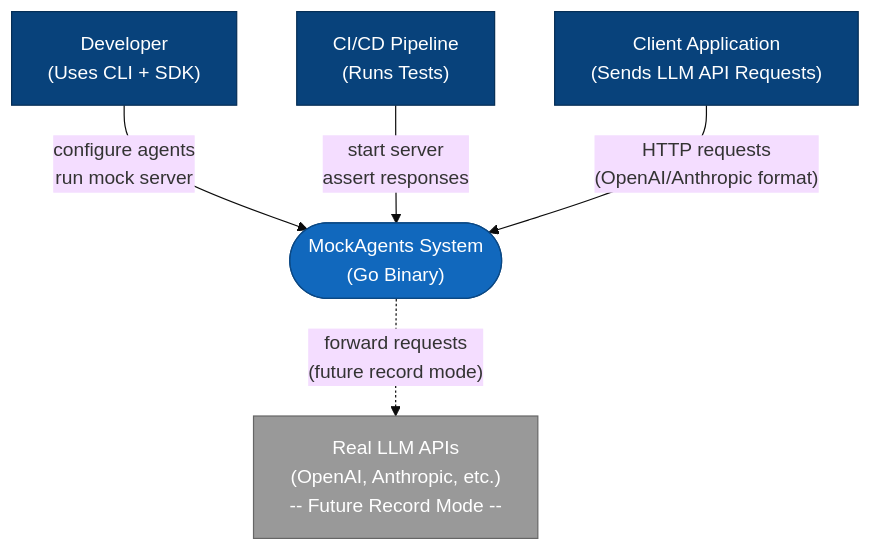
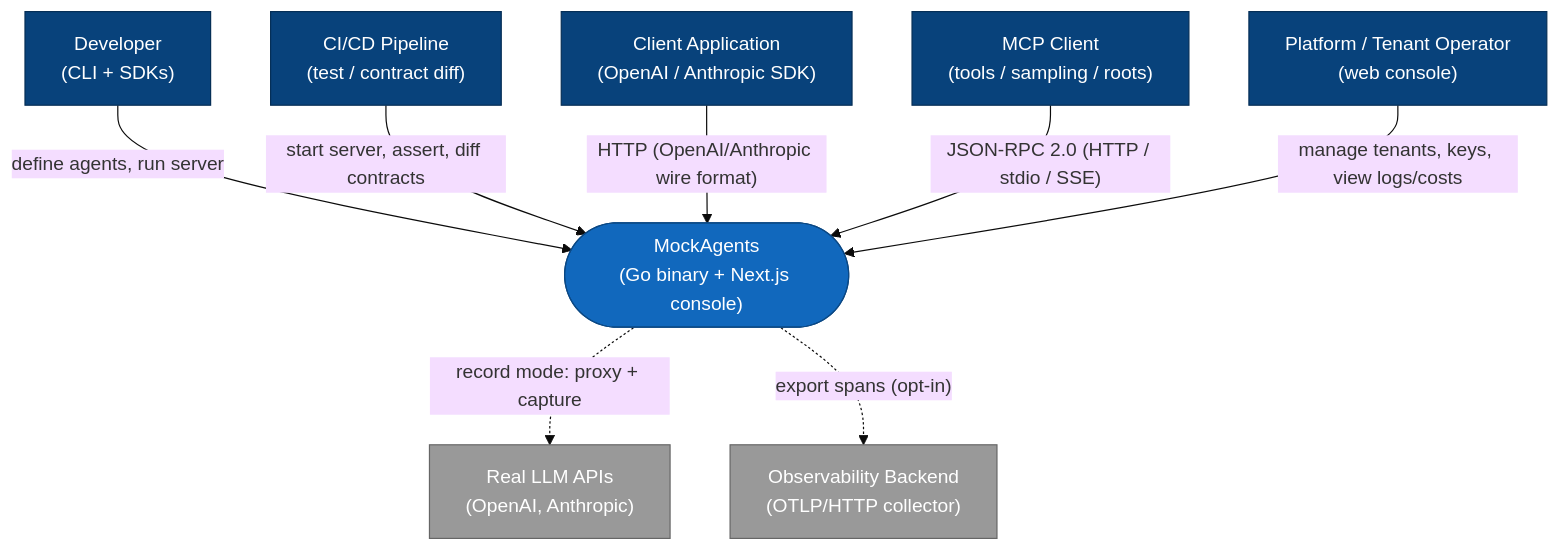
The first of 11 diagrams in docs/architecture-diagrams.md (mockagents/mockagents), drawn with Mermaid (base theme) before and after one commit. The commit also changed other lines of this file and 5 other files, not shown here.

First line of the commit message:
docs: refresh changelog, architecture diagrams, and README for v0.2/v0.3

````diff
--- a/docs/architecture-diagrams.md
+++ b/docs/architecture-diagrams.md
@@ -11,21 +19,30 @@
 ```mermaid
 flowchart TB
-    developer["Developer\n(Uses CLI + SDK)"]
-    cicd["CI/CD Pipeline\n(Runs Tests)"]
-    clientapp["Client Application\n(Sends LLM API Requests)"]
+    developer["Developer<br/>(CLI + SDKs)"]
+    cicd["CI/CD Pipeline<br/>(test / contract diff)"]
+    clientapp["Client Application<br/>(OpenAI / Anthropic SDK)"]
+    mcpclient["MCP Client<br/>(tools / sampling / roots)"]
+    operator["Platform / Tenant Operator<br/>(web console)"]
 
-    mockagents(["MockAgents System\n(Go Binary)"])
+    mockagents(["MockAgents<br/>(Go binary + Next.js console)"])
 
-    reallm["Real LLM APIs\n(OpenAI, Anthropic, etc.)\n-- Future Record Mode --"]
+    reallm["Real LLM APIs<br/>(OpenAI, Anthropic)"]
+    otel["Observability Backend<br/>(OTLP/HTTP collector)"]
 
-    developer -->|"configure agents\nrun mock server"| mockagents
-    cicd -->|"start server\nassert responses"| mockagents
-    clientapp -->|"HTTP requests\n(OpenAI/Anthropic format)"| mockagents
-    mockagents -.->|"forward requests\n(future record mode)"| reallm
+    developer -->|"define agents, run server"| mockagents
+    cicd -->|"start server, assert, diff contracts"| mockagents
+    clientapp -->|"HTTP (OpenAI/Anthropic wire format)"| mockagents
+    mcpclient -->|"JSON-RPC 2.0 (HTTP / stdio / SSE)"| mockagents
+    operator -->|"manage tenants, keys, view logs/costs"| mockagents
+    mockagents -.->|"record mode: proxy + capture"| reallm
+    mockagents -.->|"export spans (opt-in)"| otel
 
     style mockagents fill:#1168bd,stroke:#0b4884,color:#fff
     style developer fill:#08427b,stroke:#052e56,color:#fff
     style cicd fill:#08427b,stroke:#052e56,color:#fff
     style clientapp fill:#08427b,stroke:#052e56,color:#fff
+    style mcpclient fill:#08427b,stroke:#052e56,color:#fff
+    style operator fill:#08427b,stroke:#052e56,color:#fff
     style reallm fill:#999,stroke:#666,color:#fff
+    style otel fill:#999,stroke:#666,color:#fff
 ```
````
